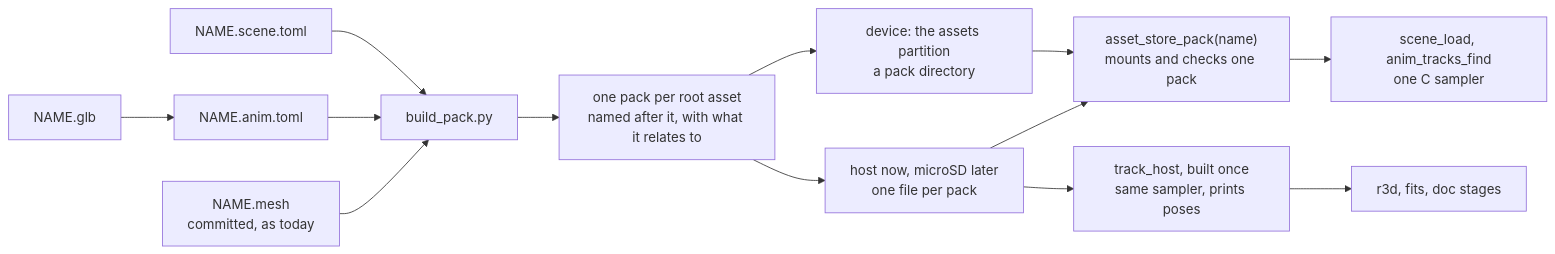
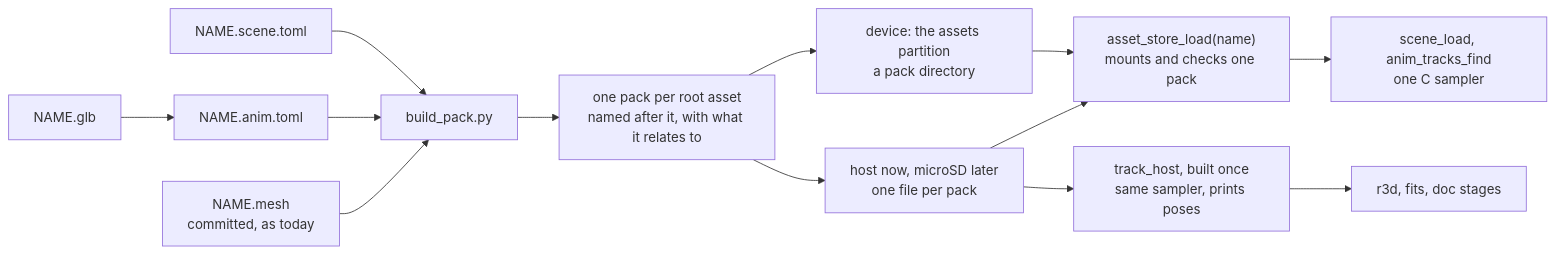
One commit to jose-villegas/autana changed the diagram in docs/plans/Content-in-the-Pack-Design-Sketch.md. Above: the diagram before and after it, drawn with Mermaid. The commit also changed other lines of this file and 51 other files, not shown here.

Commit message:
asset: load packs asynchronously by handle

````diff
--- a/docs/plans/Content-in-the-Pack-Design-Sketch.md
+++ b/docs/plans/Content-in-the-Pack-Design-Sketch.md
@@ -16,15 +16,15 @@
 ```mermaid
 flowchart LR
     Glb["NAME.glb"] --> Anim["NAME.anim.toml"]
     Scene["NAME.scene.toml"] --> Build["build_pack.py"]
     Anim --> Build
     Mesh["NAME.mesh<br/>committed, as today"] --> Build
     Build --> Packs["one pack per root asset<br/>named after it, with what it relates to"]
     Packs --> Dev["device: the assets partition<br/>a pack directory"]
     Packs --> Ext["host now, microSD later<br/>one file per pack"]
-    Dev --> Mount["asset_store_pack(name)<br/>mounts and checks one pack"]
+    Dev --> Mount["asset_store_load(name)<br/>mounts and checks one pack"]
     Ext --> Mount
     Mount --> Rt["scene_load, anim_tracks_find<br/>one C sampler"]
     Ext --> Poses["track_host, built once<br/>same sampler, prints poses"]
     Poses --> Tools["r3d, fits, doc stages"]
 ```
````
